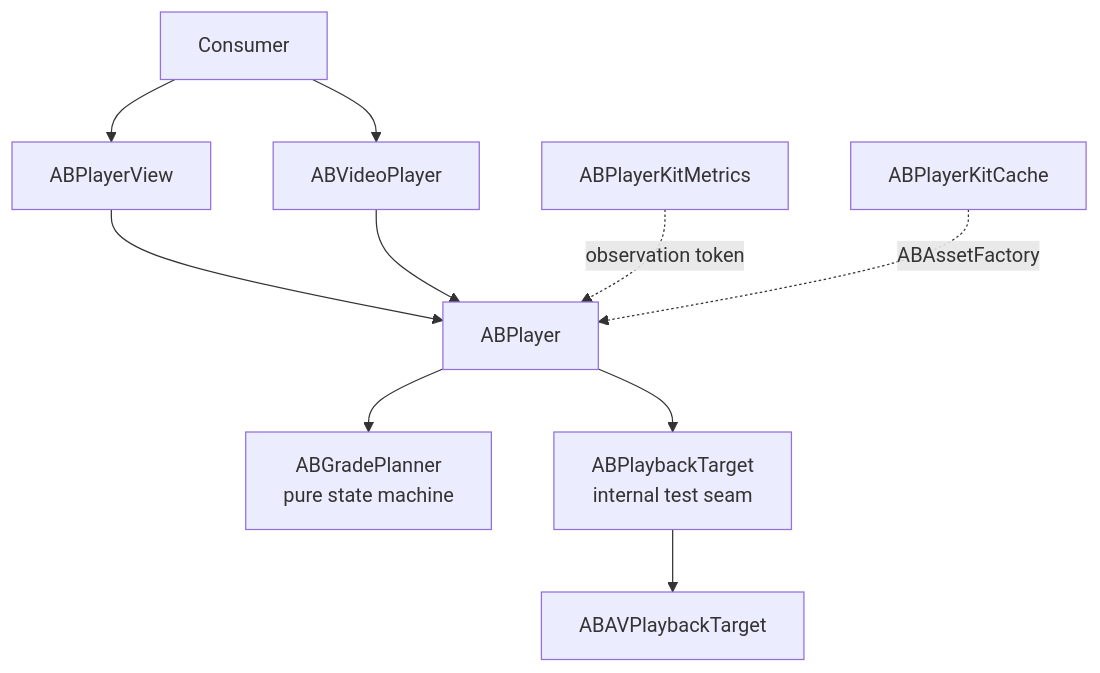
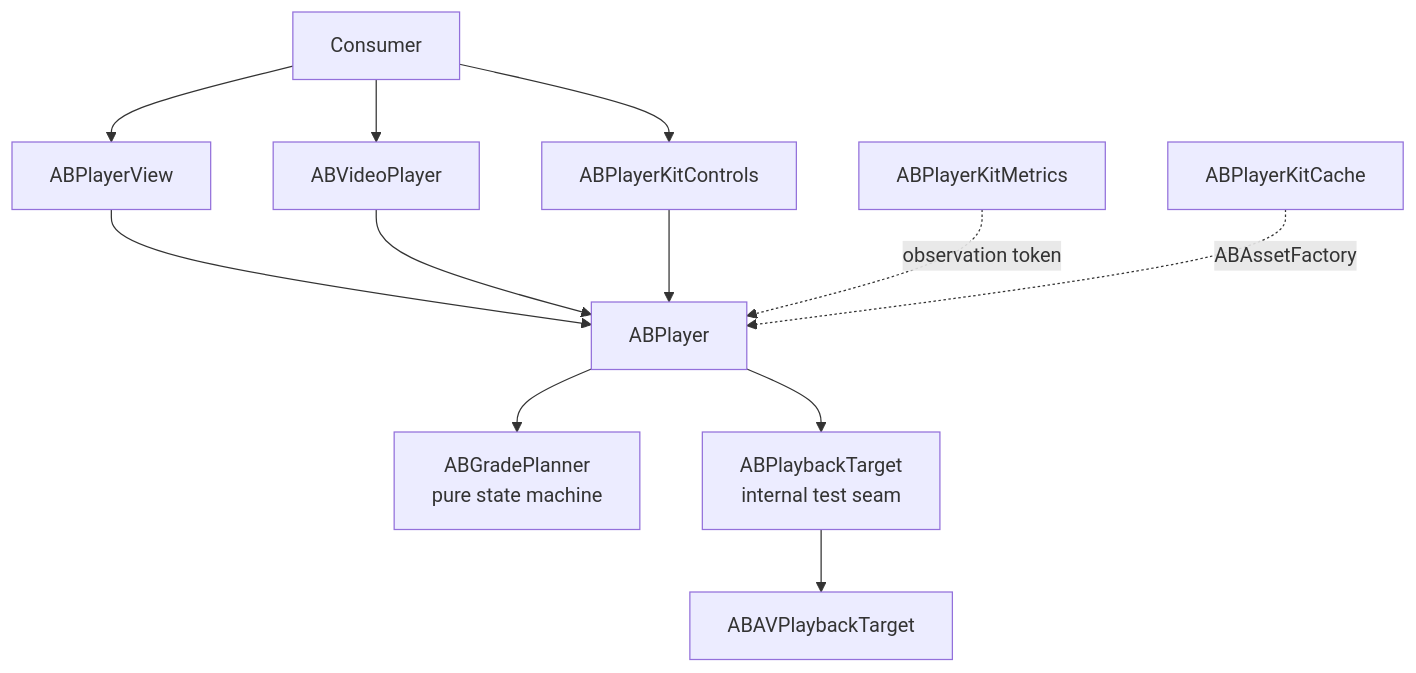
One commit to AppBoong/ABPlayerKit changed the diagram in README.md. Above: the diagram before and after it, drawn with Mermaid. The commit also changed other lines of this file and 1 other file, not shown here.

Commit message:
docs: document controls layer in README (en/ko)

````diff
--- a/README.md
+++ b/README.md
@@ -268,12 +323,14 @@
 ```mermaid
 flowchart TD
     Consumer --> PlayerView[ABPlayerView]
     Consumer --> VideoPlayer[ABVideoPlayer]
+    Consumer --> Controls[ABPlayerKitControls]
     PlayerView --> Player[ABPlayer]
     VideoPlayer --> Player
+    Controls --> Player
     Player --> Planner[ABGradePlanner<br/>pure state machine]
     Player --> Target[ABPlaybackTarget<br/>internal test seam]
     Target --> AVTarget[ABAVPlaybackTarget]
     Metrics[ABPlayerKitMetrics] -. observation token .-> Player
     Cache[ABPlayerKitCache] -. ABAssetFactory .-> Player
 ```
````
